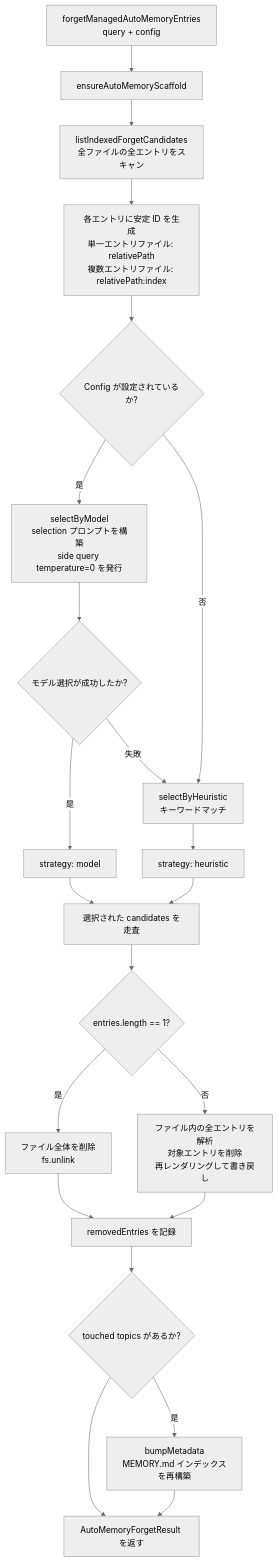
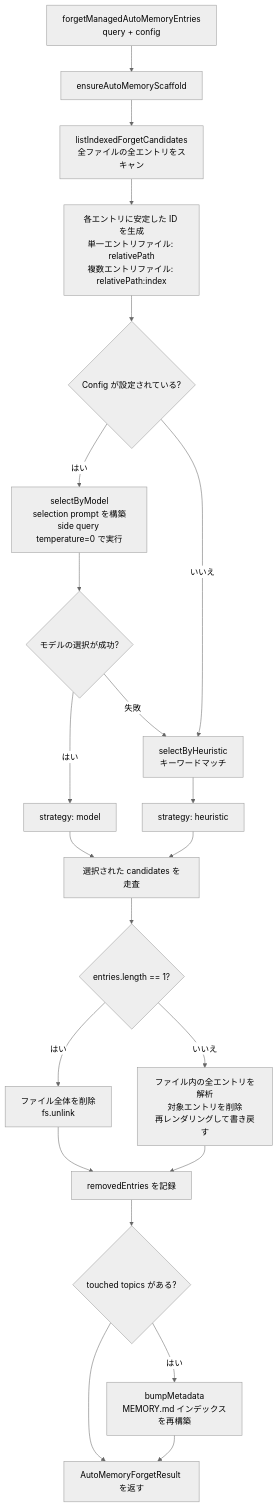
Before and after one commit to QwenLM/qwen-code-docs: the seventh of 7 diagrams in website/content/ja/design/auto-memory/memory-system.md, drawn with Mermaid (neutral theme). The commit also changed other lines of this file and 117 other files, not shown here.

````diff
--- a/website/content/ja/design/auto-memory/memory-system.md
+++ b/website/content/ja/design/auto-memory/memory-system.md
@@ -401,24 +402,24 @@
 ```mermaid
 flowchart TD
     A[forgetManagedAutoMemoryEntries\nquery + config] --> B[ensureAutoMemoryScaffold]
     B --> C[listIndexedForgetCandidates\n全ファイルの全エントリをスキャン]
-    C --> D[各エントリに安定 ID を生成\n単一エントリファイル: relativePath\n複数エントリファイル: relativePath:index]
-    D --> E{Config が設定されているか?}
-    E -- 是 --> F[selectByModel\nselection プロンプトを構築\nside query temperature=0 を発行]
-    F --> G{モデル選択が成功したか?}
-    G -- 是 --> H[strategy: model]
+    C --> D[各エントリに安定した ID を生成\n単一エントリファイル: relativePath\n複数エントリファイル: relativePath:index]
+    D --> E{Config が設定されている?}
+    E -- はい --> F[selectByModel\nselection prompt を構築\nside query temperature=0 で実行]
+    F --> G{モデルの選択が成功?}
+    G -- はい --> H[strategy: model]
     G -- 失敗 --> I[selectByHeuristic\nキーワードマッチ]
-    E -- 否 --> I
+    E -- いいえ --> I
     I --> J[strategy: heuristic]
     H --> K[選択された candidates を走査]
     J --> K
     K --> L{entries.length == 1?}
-    L -- 是 --> M[ファイル全体を削除\nfs.unlink]
-    L -- 否 --> N[ファイル内の全エントリを解析\n対象エントリを削除\n再レンダリングして書き戻し]
+    L -- はい --> M[ファイル全体を削除\nfs.unlink]
+    L -- いいえ --> N[ファイル内の全エントリを解析\n対象エントリを削除\n再レンダリングして書き戻す]
     M --> O[removedEntries を記録]
     N --> O
-    O --> P{touched topics があるか?}
-    P -- 是 --> Q[bumpMetadata\nMEMORY.md インデックスを再構築]
+    O --> P{touched topics がある?}
+    P -- はい --> Q[bumpMetadata\nMEMORY.md インデックスを再構築]
     P --> R[AutoMemoryForgetResult を返す]
     Q --> R
 ```
````
